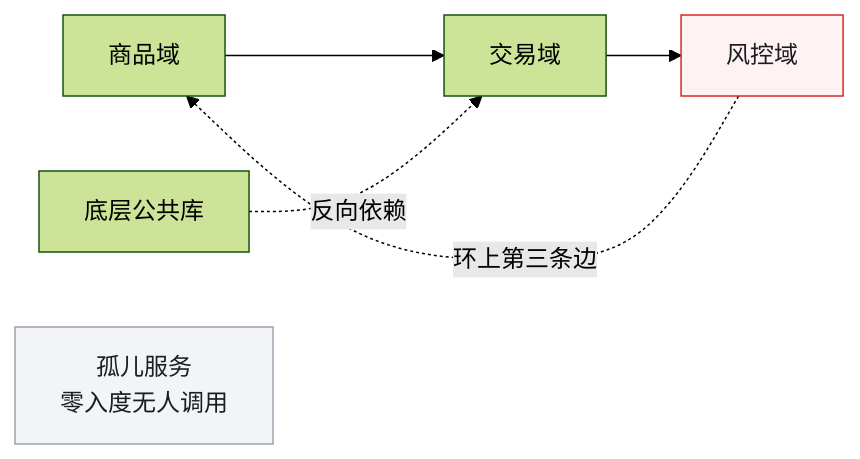
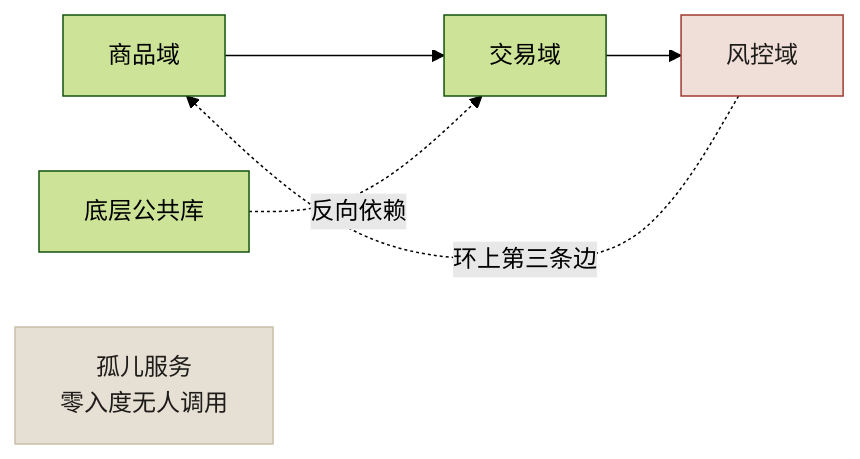
The third of 3 diagrams in docs/manuscript/ch10-第5章-大规模考古画图.md (funny8kids/AI_Native_Software_Engineering), drawn with Mermaid (forest theme) before and after one commit. The commit also changed other lines of this file and 81 other files, not shown here.

````diff
--- a/docs/manuscript/ch10-第5章-大规模考古画图.md
+++ b/docs/manuscript/ch10-第5章-大规模考古画图.md
@@ -101,10 +108,10 @@
 ```mermaid
 flowchart LR
   A["商品域"] --> B["交易域"]
   B --> C["风控域"]
   C -.环上第三条边.-> A
   D["底层公共库"] -.反向依赖.-> B
   E["孤儿服务<br/>零入度无人调用"]
-  style C fill:#fef2f2,stroke:#dc2626,color:#1a1d23
-  style E fill:#f3f4f6,stroke:#9ca3af,color:#1a1d23
+  style C fill:#f0dfd9,stroke:#a03b31,color:#1e1c19
+  style E fill:#e6e0d4,stroke:#c9bfa9,color:#1e1c19
 ```
````
